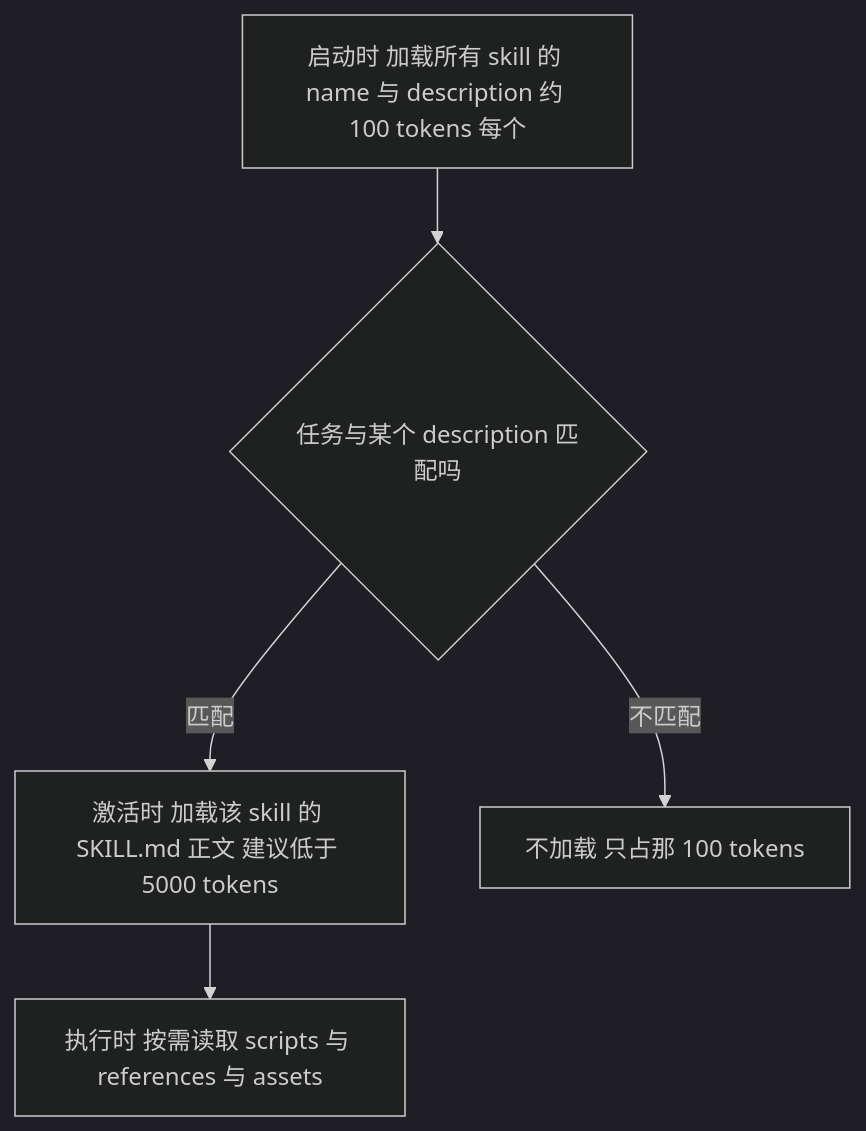
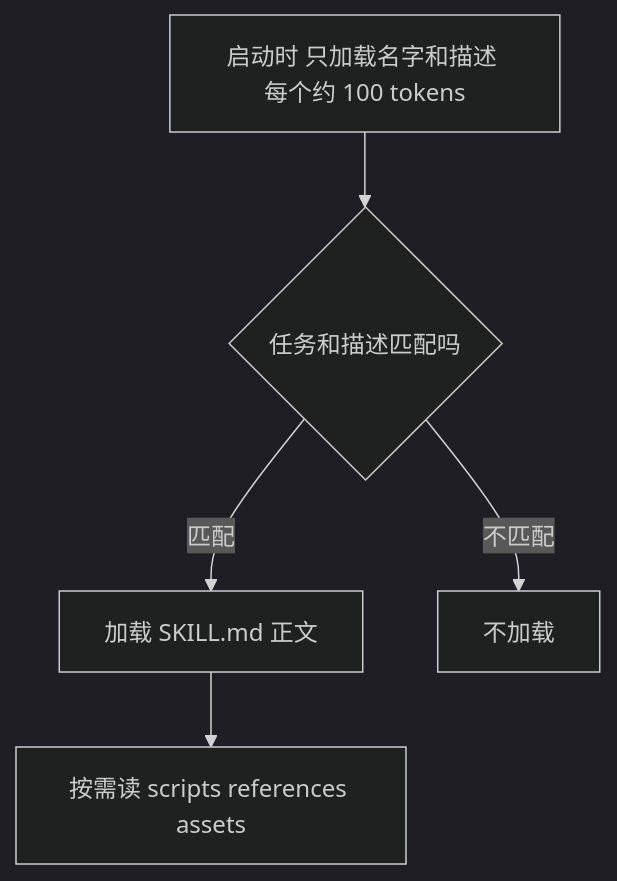
The second of 6 diagrams in book/07-vercel-skills.md (diguike/book-source-reading), drawn with Mermaid (dark theme) before and after one commit. The commit also changed other lines of this file, not shown here.

````diff
--- a/book/07-vercel-skills.md
+++ b/book/07-vercel-skills.md
@@ -262,13 +227,13 @@
 ```mermaid
 graph TB
-    S1["启动时 加载所有 skill 的 name 与 description 约 100 tokens 每个"]
-    D{"任务与某个 description 匹配吗"}
-    S2["激活时 加载该 skill 的 SKILL.md 正文 建议低于 5000 tokens"]
-    S3["执行时 按需读取 scripts 与 references 与 assets"]
-    Skip["不加载 只占那 100 tokens"]
+    S1["启动时 只加载名字和描述 每个约 100 tokens"]
+    D{"任务和描述匹配吗"}
+    S2["加载 SKILL.md 正文"]
+    S3["按需读 scripts references assets"]
+    Skip["不加载"]
 
     S1 --> D
     D -->|匹配| S2
     D -->|不匹配| Skip
     S2 --> S3
 ```
````
